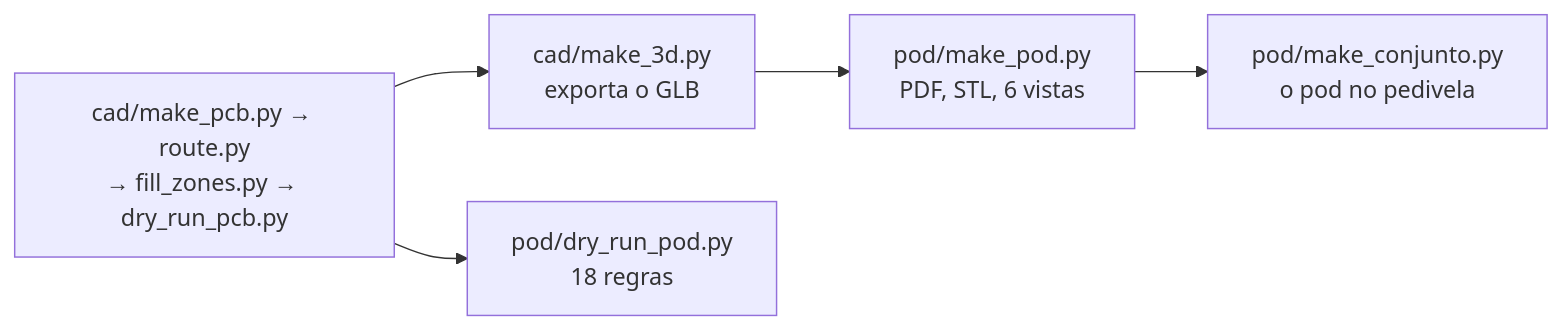
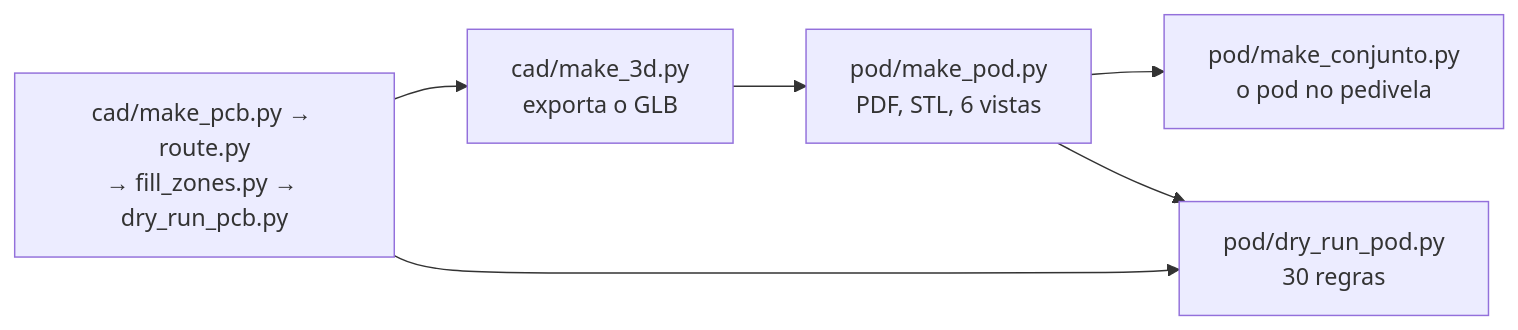
Before and after one commit to Guiimartinho/bike-powermeter: the first of 2 diagrams in hardware_powermeter/pod/README.md, drawn with Mermaid. The commit also changed other lines of this file and 26 other files, not shown here.

````diff
--- a/hardware_powermeter/pod/README.md
+++ b/hardware_powermeter/pod/README.md
@@ -21,7 +24,8 @@
 ```mermaid
 flowchart LR
     PCB["cad/make_pcb.py → route.py<br/>→ fill_zones.py → dry_run_pcb.py"] --> GLB["cad/make_3d.py<br/>exporta o GLB"]
     GLB --> POD["pod/make_pod.py<br/>PDF, STL, 6 vistas"]
-    PCB --> DRY["pod/dry_run_pod.py<br/>18 regras"]
+    PCB --> DRY["pod/dry_run_pod.py<br/>30 regras"]
     POD --> CONJ["pod/make_conjunto.py<br/>o pod no pedivela"]
+    POD --> DRY
 ```
````
